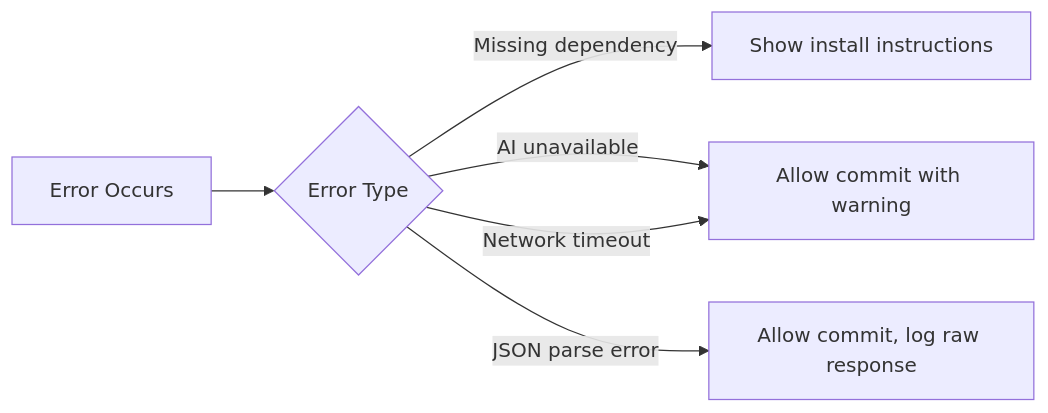
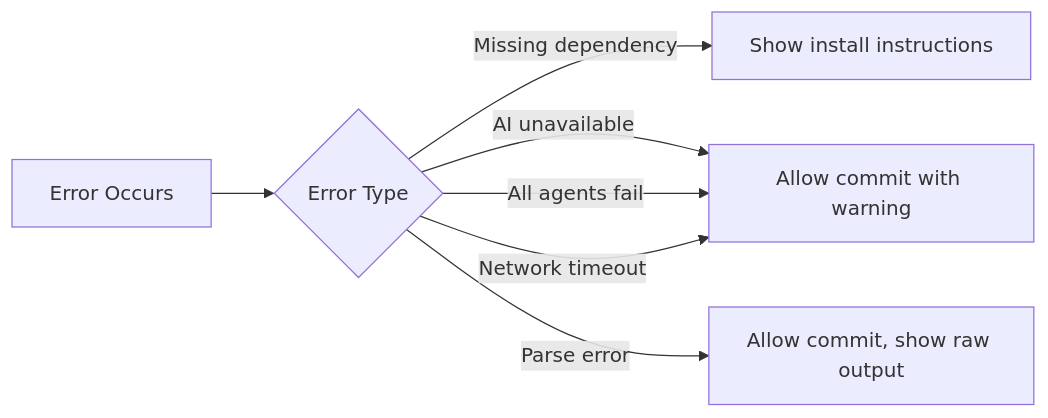
Before and after one commit to martinkl164/AI-Code-Review-CLI: the second of 2 diagrams in docs/ARCHITECTURE.md, drawn with Mermaid. The commit also changed other lines of this file and 11 other files, not shown here.

````diff
--- a/docs/ARCHITECTURE.md
+++ b/docs/ARCHITECTURE.md
@@ -95,8 +150,9 @@
 ```mermaid
 flowchart LR
     A[Error Occurs] --> B{Error Type}
     B -->|Missing dependency| C[Show install instructions]
     B -->|AI unavailable| D[Allow commit with warning]
-    B -->|JSON parse error| E[Allow commit, log raw response]
+    B -->|All agents fail| D
+    B -->|Parse error| E[Allow commit, show raw output]
     B -->|Network timeout| D
 ```
````
